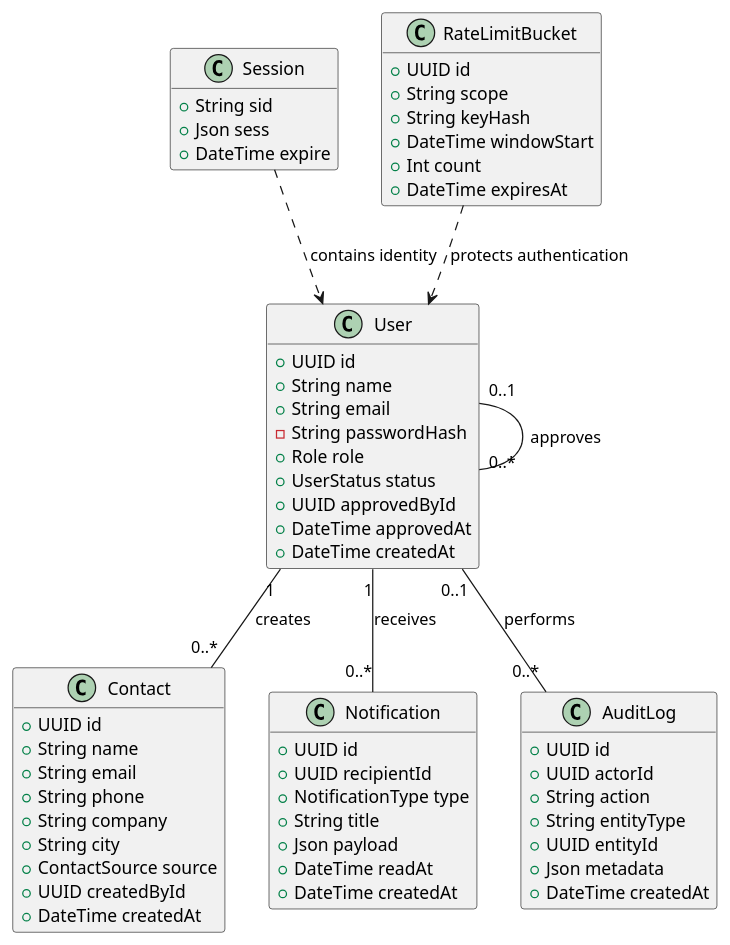
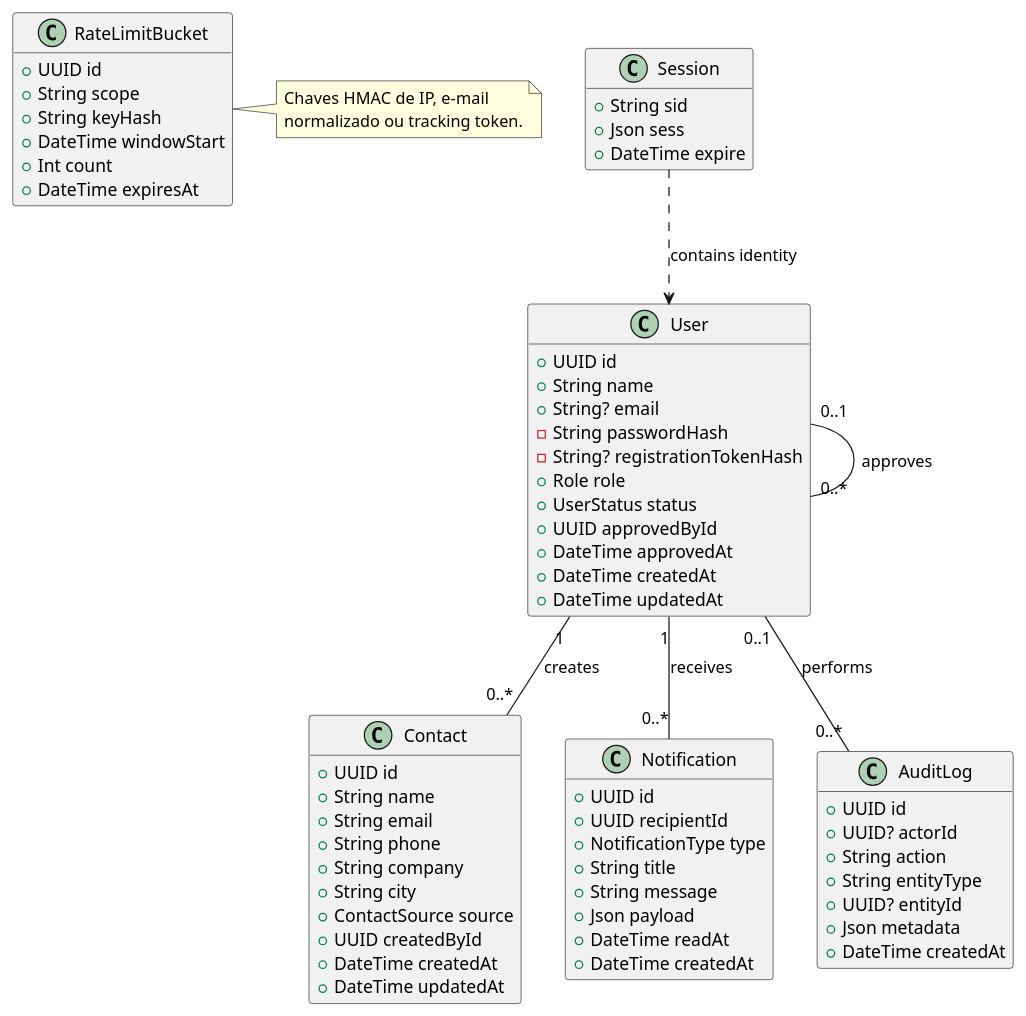
The diagram in docs/uml/domain-classes.puml (Gui-SBarbosa/Plataforma-Gestao-de-Contatos), drawn with PlantUML before and after one commit. The commit also changed other lines of this file and 11 other files, not shown here.

Commit message:
docs(uml): align diagrams with deployed system

```diff
--- a/docs/uml/domain-classes.puml
+++ b/docs/uml/domain-classes.puml
@@ -1,63 +1,70 @@
 @startuml
 hide methods
 class User {
   +UUID id
   +String name
-  +String email
+  +String? email
   -String passwordHash
+  -String? registrationTokenHash
   +Role role
   +UserStatus status
   +UUID approvedById
   +DateTime approvedAt
   +DateTime createdAt
+  +DateTime updatedAt
 }
 class Contact {
   +UUID id
   +String name
   +String email
   +String phone
   +String company
   +String city
   +ContactSource source
   +UUID createdById
   +DateTime createdAt
+  +DateTime updatedAt
 }
 class Notification {
   +UUID id
   +UUID recipientId
   +NotificationType type
   +String title
+  +String message
   +Json payload
   +DateTime readAt
   +DateTime createdAt
 }
 class AuditLog {
   +UUID id
-  +UUID actorId
+  +UUID? actorId
   +String action
   +String entityType
-  +UUID entityId
+  +UUID? entityId
   +Json metadata
   +DateTime createdAt
 }
 class Session {
   +String sid
   +Json sess
   +DateTime expire
 }
 class RateLimitBucket {
   +UUID id
   +String scope
   +String keyHash
   +DateTime windowStart
   +Int count
   +DateTime expiresAt
 }
 
 User "1" -- "0..*" Contact : creates
 User "1" -- "0..*" Notification : receives
 User "0..1" -- "0..*" AuditLog : performs
 User "0..1" -- "0..*" User : approves
 Session ..> User : contains identity
-RateLimitBucket ..> User : protects authentication
+note right of RateLimitBucket
+  Chaves HMAC de IP, e-mail
+  normalizado ou tracking token.
+end note
 @enduml
```
